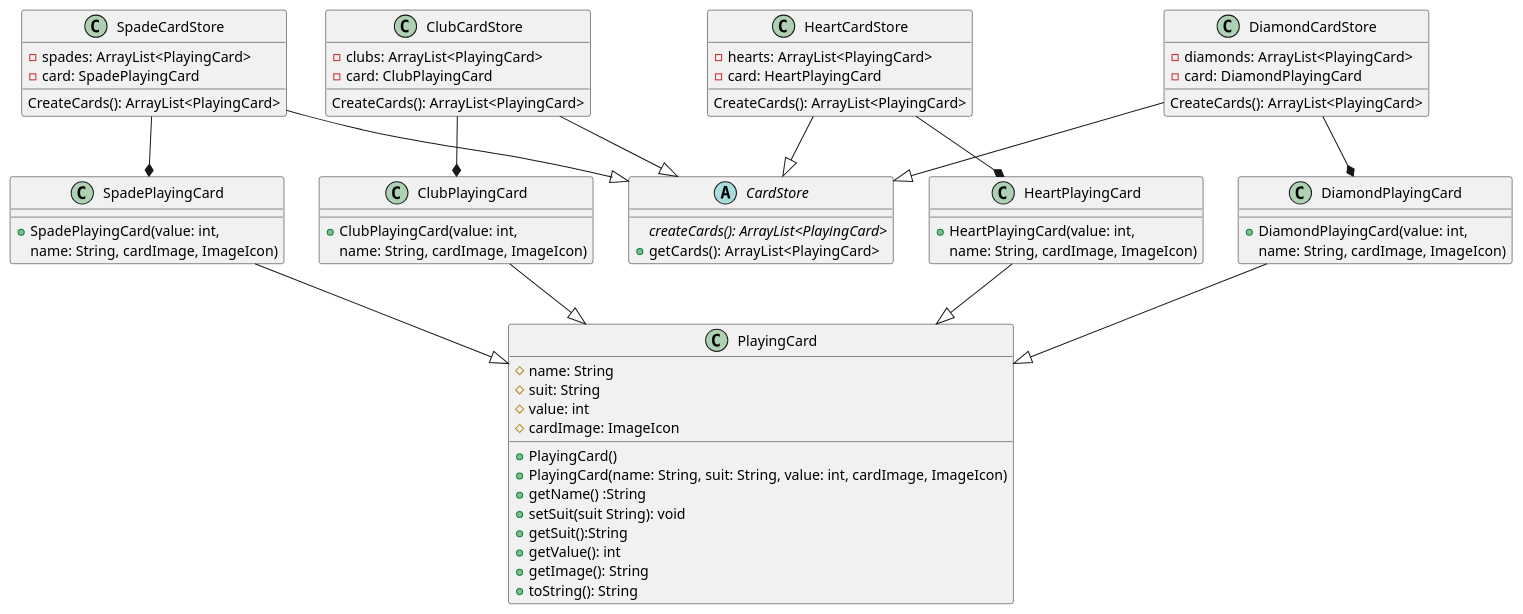
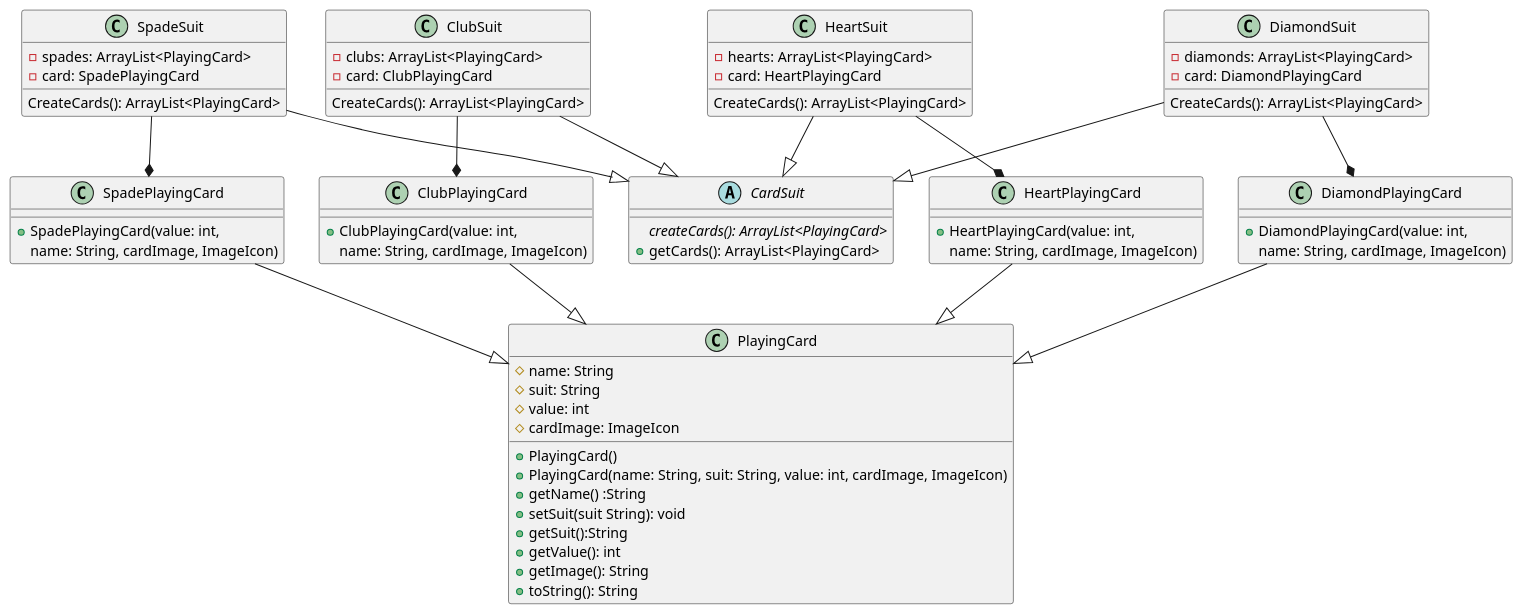
Before and after one commit to GerardRyan1989/SoftwareDesignPatternsCA: the diagram in UMLS/FactoryMethodPattern.puml, drawn with PlantUML. The commit also changed 11 other files, not shown here.

```diff
--- a/UMLS/FactoryMethodPattern.puml
+++ b/UMLS/FactoryMethodPattern.puml
@@ -1,94 +1,94 @@
 @startuml
 
 
- abstract class CardStore{
+ abstract class CardSuit{
     {abstract}createCards(): ArrayList<PlayingCard>
     +getCards(): ArrayList<PlayingCard>
  }
 
 
- Class ClubCardStore{
+ Class ClubSuit{
     -clubs: ArrayList<PlayingCard>
     -card: ClubPlayingCard
     CreateCards(): ArrayList<PlayingCard>
  }
 
 
- Class DiamondCardStore{
+ Class DiamondSuit{
     -diamonds: ArrayList<PlayingCard>
     -card: DiamondPlayingCard
     CreateCards(): ArrayList<PlayingCard>
  }
 
 
- Class HeartCardStore{
+ Class HeartSuit{
     -hearts: ArrayList<PlayingCard>
     -card: HeartPlayingCard
     CreateCards(): ArrayList<PlayingCard>
  }
 
 
- Class SpadeCardStore{
+ Class SpadeSuit{
     -spades: ArrayList<PlayingCard>
     -card: SpadePlayingCard
     CreateCards(): ArrayList<PlayingCard>
  }
 
 
  class PlayingCard{
        #name: String
        #suit: String
        #value: int
        #cardImage: ImageIcon
        +PlayingCard()
        +PlayingCard(name: String, suit: String, value: int, cardImage, ImageIcon)
        +getName() :String
        +setSuit(suit String): void
        +getSuit():String
        +getValue(): int
        +getImage(): String
        +toString(): String
  }
 
  class ClubPlayingCard{
     +ClubPlayingCard(value: int,
         name: String, cardImage, ImageIcon)
  }
 
  class HeartPlayingCard{
     +HeartPlayingCard(value: int,
         name: String, cardImage, ImageIcon)
  }
 
  class DiamondPlayingCard{
     +DiamondPlayingCard(value: int,
         name: String, cardImage, ImageIcon)
  }
 
  class SpadePlayingCard{
     +SpadePlayingCard(value: int,
         name: String, cardImage, ImageIcon)
  }
 
 
  ClubPlayingCard --|> PlayingCard
  HeartPlayingCard --|> PlayingCard
  DiamondPlayingCard --|> PlayingCard
  SpadePlayingCard --|> PlayingCard
 
- ClubCardStore --* ClubPlayingCard
- HeartCardStore --* HeartPlayingCard
- DiamondCardStore --* DiamondPlayingCard
- SpadeCardStore --* SpadePlayingCard
+ ClubSuit --* ClubPlayingCard
+ HeartSuit --* HeartPlayingCard
+ DiamondSuit --* DiamondPlayingCard
+ SpadeSuit --* SpadePlayingCard
 
 
- ClubCardStore --|> CardStore
- DiamondCardStore --|> CardStore
- HeartCardStore --|> CardStore
- SpadeCardStore --|> CardStore
+ ClubSuit --|> CardSuit
+ DiamondSuit --|> CardSuit
+ HeartSuit --|> CardSuit
+ SpadeSuit --|> CardSuit
 
 
 
 
 
 @enduml
```
